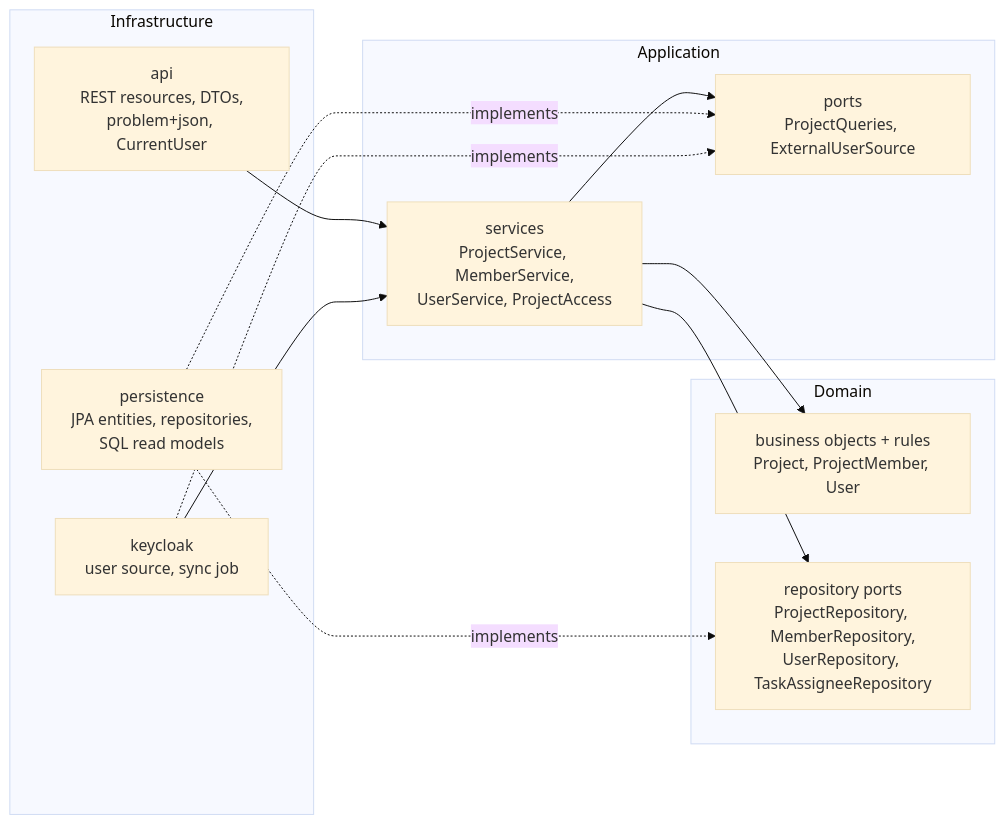
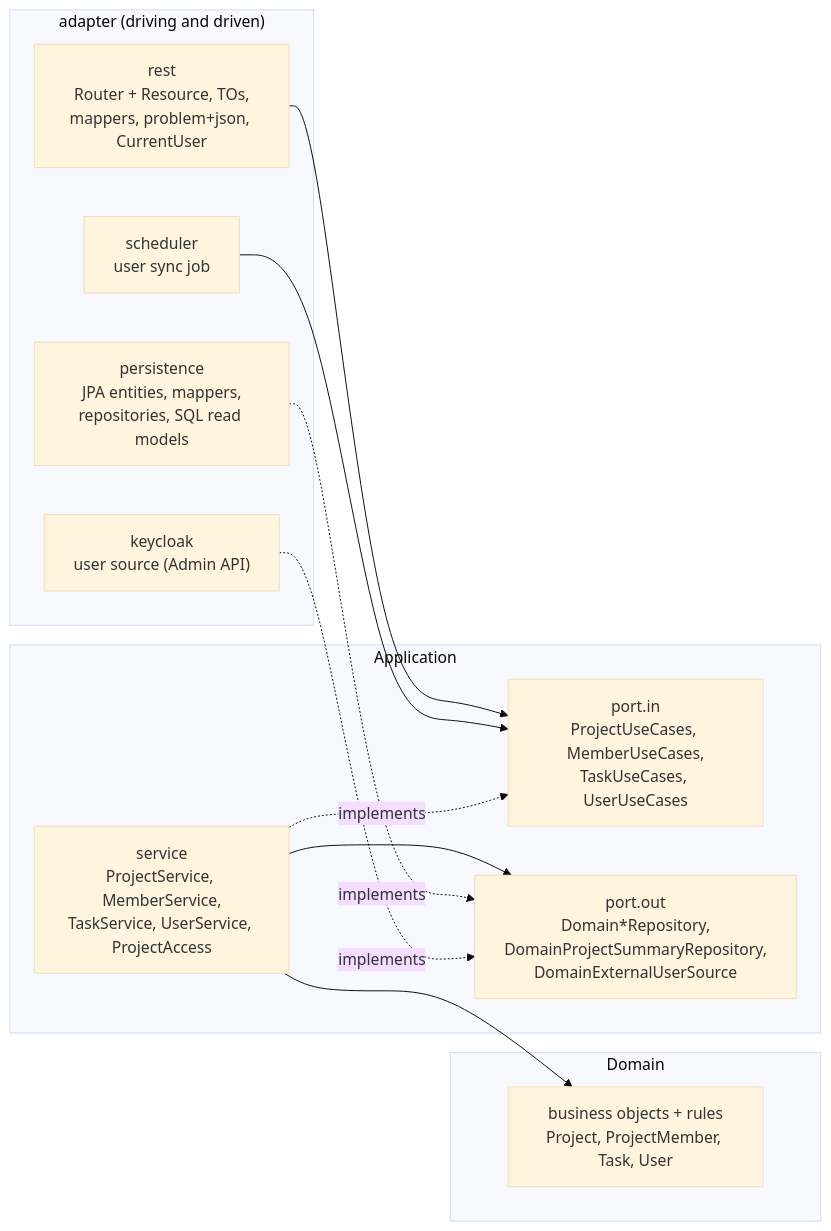
The second of 2 diagrams in docs/architecture.md (PHGil/matriz), drawn with Mermaid (base theme) before and after one commit. The commit also changed other lines of this file and 149 other files, not shown here.

````diff
--- a/docs/architecture.md
+++ b/docs/architecture.md
@@ -100,24 +100,24 @@
 ```mermaid
 flowchart LR
-    subgraph Infrastructure
-        API["api<br/>REST resources, DTOs,<br/>problem+json, CurrentUser"]
-        PER["persistence<br/>JPA entities, repositories,<br/>SQL read models"]
-        KC["keycloak<br/>user source, sync job"]
+    subgraph Adapters["adapter (driving and driven)"]
+        REST["rest<br/>Router + Resource, TOs,<br/>mappers, problem+json, CurrentUser"]
+        SCH["scheduler<br/>user sync job"]
+        PER["persistence<br/>JPA entities, mappers,<br/>repositories, SQL read models"]
+        KC["keycloak<br/>user source (Admin API)"]
     end
     subgraph Application
-        SVC["services<br/>ProjectService, MemberService,<br/>UserService, ProjectAccess"]
-        APORT["ports<br/>ProjectQueries, ExternalUserSource"]
+        PIN["port.in<br/>ProjectUseCases, MemberUseCases,<br/>TaskUseCases, UserUseCases"]
+        SVC["service<br/>ProjectService, MemberService,<br/>TaskService, UserService, ProjectAccess"]
+        POUT["port.out<br/>Domain*Repository,<br/>DomainProjectSummaryRepository,<br/>DomainExternalUserSource"]
     end
     subgraph Domain
-        DOM["business objects + rules<br/>Project, ProjectMember, User"]
-        DPORT["repository ports<br/>ProjectRepository, MemberRepository,<br/>UserRepository, TaskAssigneeRepository"]
+        DOM["business objects + rules<br/>Project, ProjectMember, Task, User"]
     end
-    API --> SVC
+    REST --> PIN
+    SCH --> PIN
+    SVC -. implements .-> PIN
     SVC --> DOM
-    SVC --> DPORT
-    SVC --> APORT
-    PER -. implements .-> DPORT
-    PER -. implements .-> APORT
-    KC -. implements .-> APORT
-    KC --> SVC
+    SVC --> POUT
+    PER -. implements .-> POUT
+    KC -. implements .-> POUT
 ```
````
